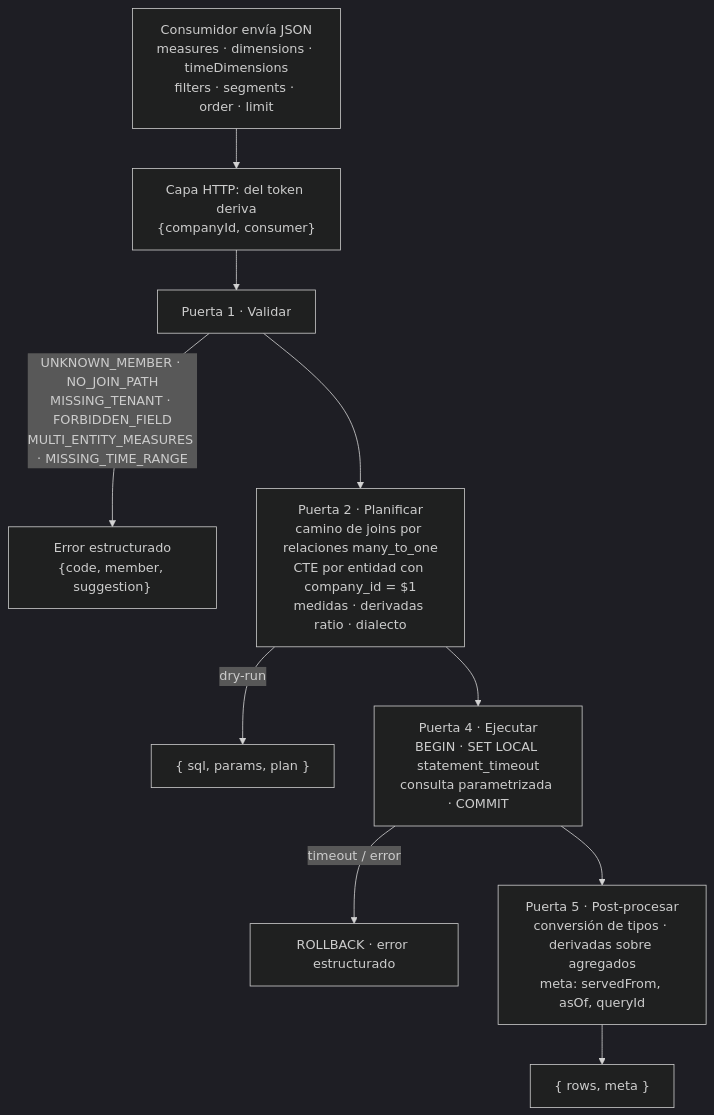
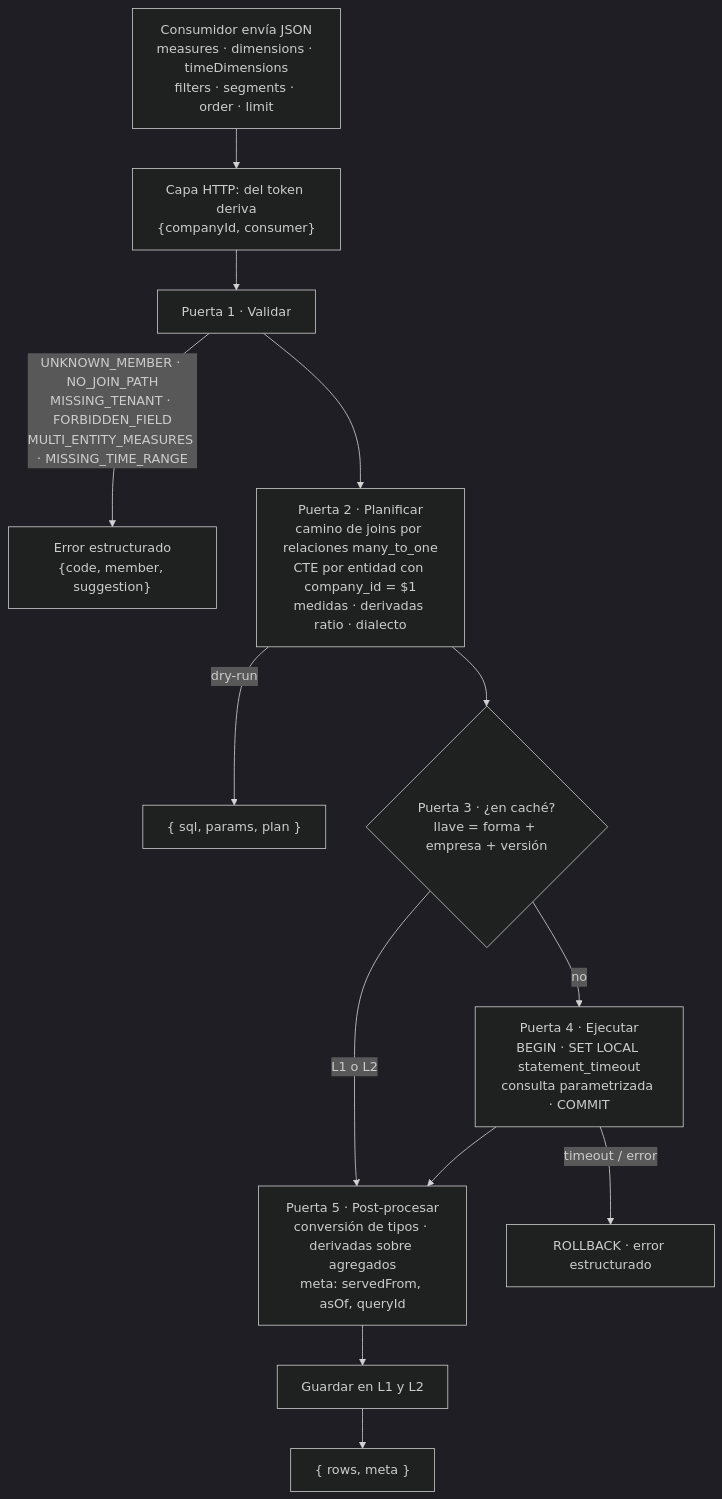
One commit to zelariuz/prueba-tecnica-buk changed the second of 3 diagrams in prds/prd-capa-semantica.md. Above: the diagram before and after it, drawn with Mermaid (dark theme). The commit also changed other lines of this file, not shown here.

Commit message:
[prds] caché L1 en memoria + L2 Redis entra al alcance; Redis en la última fase

````diff
--- a/prds/prd-capa-semantica.md
+++ b/prds/prd-capa-semantica.md
@@ -65,12 +65,15 @@
 ```mermaid
 flowchart TD
   C["Consumidor envía JSON<br/>measures · dimensions · timeDimensions<br/>filters · segments · order · limit"] --> H["Capa HTTP: del token deriva<br/>{companyId, consumer}"]
   H --> P1["Puerta 1 · Validar"]
   P1 -- "UNKNOWN_MEMBER · NO_JOIN_PATH<br/>MISSING_TENANT · FORBIDDEN_FIELD<br/>MULTI_ENTITY_MEASURES · MISSING_TIME_RANGE" --> ERR["Error estructurado<br/>{code, member, suggestion}"]
   P1 --> P2["Puerta 2 · Planificar<br/>camino de joins por relaciones many_to_one<br/>CTE por entidad con company_id = $1<br/>medidas · derivadas ratio · dialecto"]
   P2 -- dry-run --> PLAN["{ sql, params, plan }"]
-  P2 --> P4["Puerta 4 · Ejecutar<br/>BEGIN · SET LOCAL statement_timeout<br/>consulta parametrizada · COMMIT"]
+  P2 --> P3{"Puerta 3 · ¿en caché?<br/>llave = forma + empresa + versión"}
+  P3 -- "L1 o L2" --> P5
+  P3 -- no --> P4["Puerta 4 · Ejecutar<br/>BEGIN · SET LOCAL statement_timeout<br/>consulta parametrizada · COMMIT"]
   P4 -- timeout / error --> RB["ROLLBACK · error estructurado"]
   P4 --> P5["Puerta 5 · Post-procesar<br/>conversión de tipos · derivadas sobre agregados<br/>meta: servedFrom, asOf, queryId"]
-  P5 --> OUT["{ rows, meta }"]
+  P5 --> S["Guardar en L1 y L2"]
+  S --> OUT["{ rows, meta }"]
 ```
````
